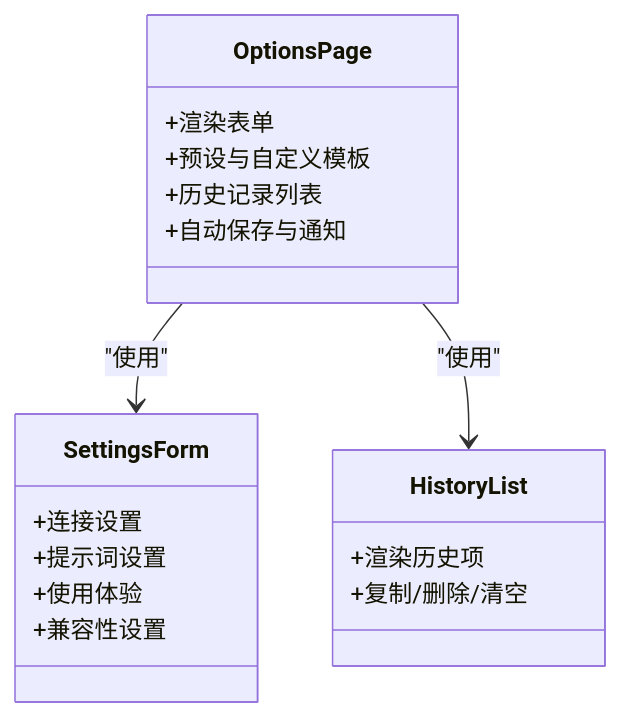
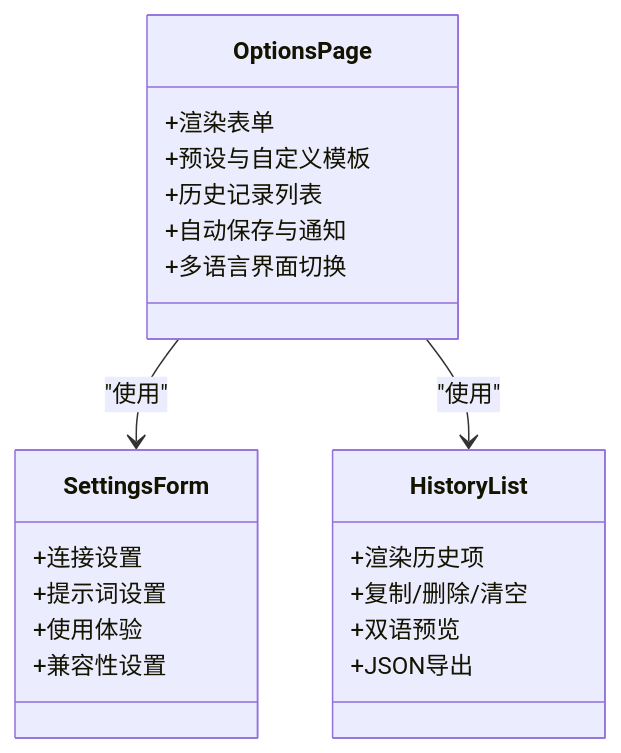
One commit to binasi/Img2Prompt changed the sixth of 8 diagrams in .qoder/repowiki/zh/content/核心功能/核心功能.md. Above: the diagram before and after it, drawn with Mermaid. The commit also changed other lines of this file and 11 other files, not shown here.

````diff
--- a/.qoder/repowiki/zh/content/核心功能/核心功能.md
+++ b/.qoder/repowiki/zh/content/核心功能/核心功能.md
@@ -245,21 +304,24 @@
 ```mermaid
 classDiagram
 class OptionsPage {
 +渲染表单
 +预设与自定义模板
 +历史记录列表
 +自动保存与通知
++多语言界面切换
 }
 class SettingsForm {
 +连接设置
 +提示词设置
 +使用体验
 +兼容性设置
 }
 class HistoryList {
 +渲染历史项
 +复制/删除/清空
++双语预览
++JSON导出
 }
 OptionsPage --> SettingsForm : "使用"
 OptionsPage --> HistoryList : "使用"
 ```
````
